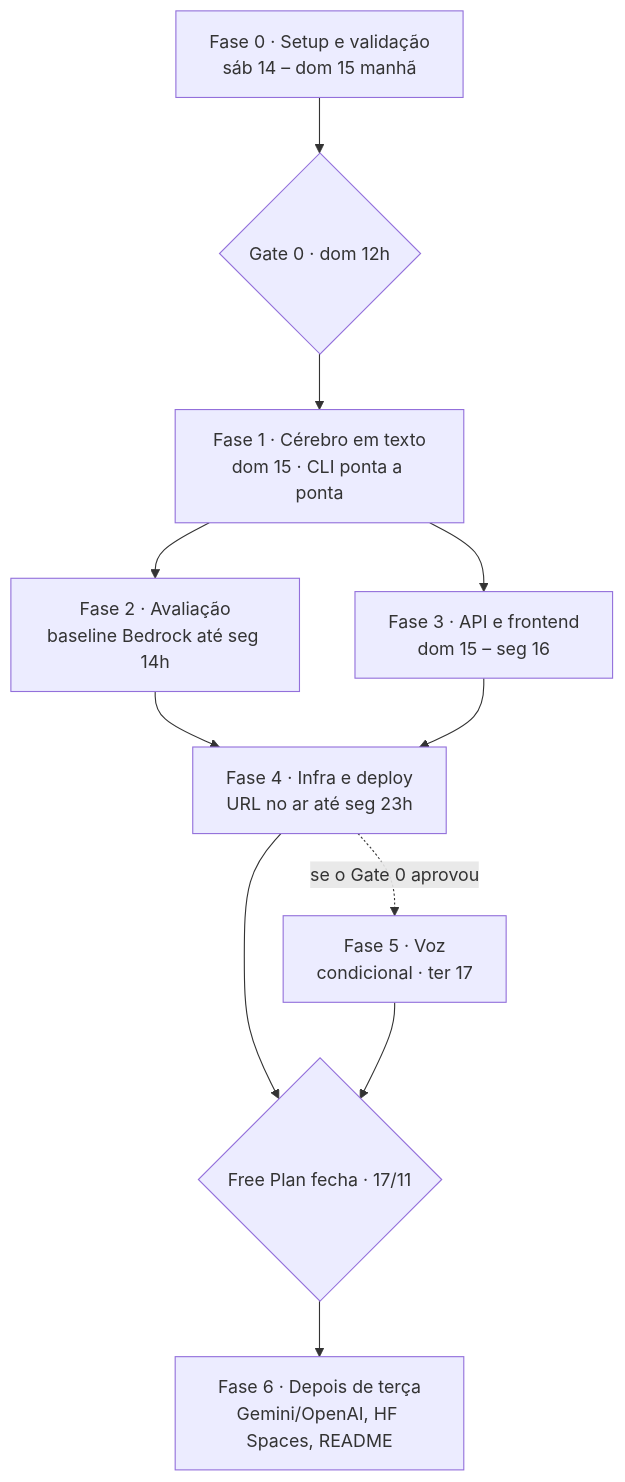
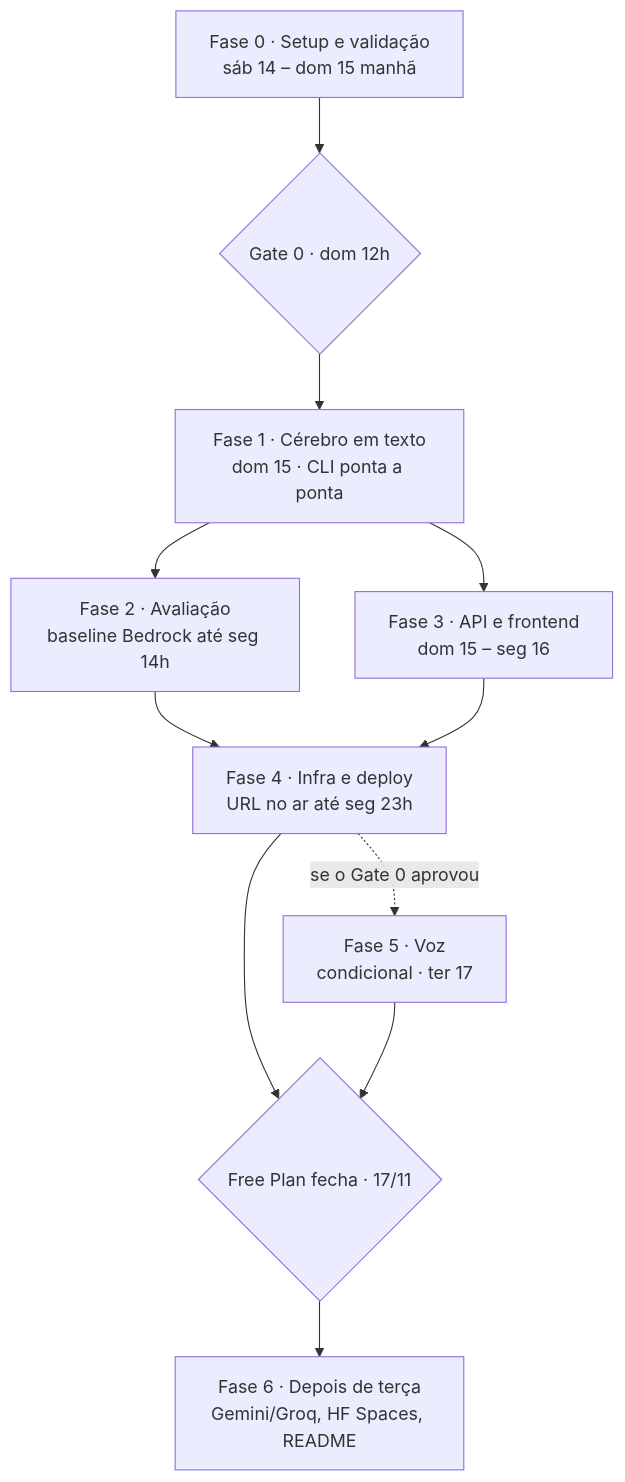
Before and after one commit to nemofromdreamland/mia: the diagram in docs/IMPLEMENTATION_PLAN.md, drawn with Mermaid. The commit also changed other lines of this file and 4 other files, not shown here.

Commit message:
docs: swap Llama→Mistral Large 3 and OpenAI→Groq (free tiers only)

````diff
--- a/docs/IMPLEMENTATION_PLAN.md
+++ b/docs/IMPLEMENTATION_PLAN.md
@@ -36,13 +36,13 @@
 ```mermaid
 flowchart TD
     F0["Fase 0 · Setup e validação<br/>sáb 14 – dom 15 manhã"] --> G0{"Gate 0 · dom 12h"}
     G0 --> F1["Fase 1 · Cérebro em texto<br/>dom 15 · CLI ponta a ponta"]
     F1 --> F2["Fase 2 · Avaliação<br/>baseline Bedrock até seg 14h"]
     F1 --> F3["Fase 3 · API e frontend<br/>dom 15 – seg 16"]
     F2 --> F4["Fase 4 · Infra e deploy<br/>URL no ar até seg 23h"]
     F3 --> F4
     F4 --> GF{"Free Plan fecha · 17/11"}
     F4 -. "se o Gate 0 aprovou" .-> F5["Fase 5 · Voz<br/>condicional · ter 17"]
     F5 --> GF
-    GF --> F6["Fase 6 · Depois de terça<br/>Gemini/OpenAI, HF Spaces, README"]
+    GF --> F6["Fase 6 · Depois de terça<br/>Gemini/Groq, HF Spaces, README"]
 ```
````
